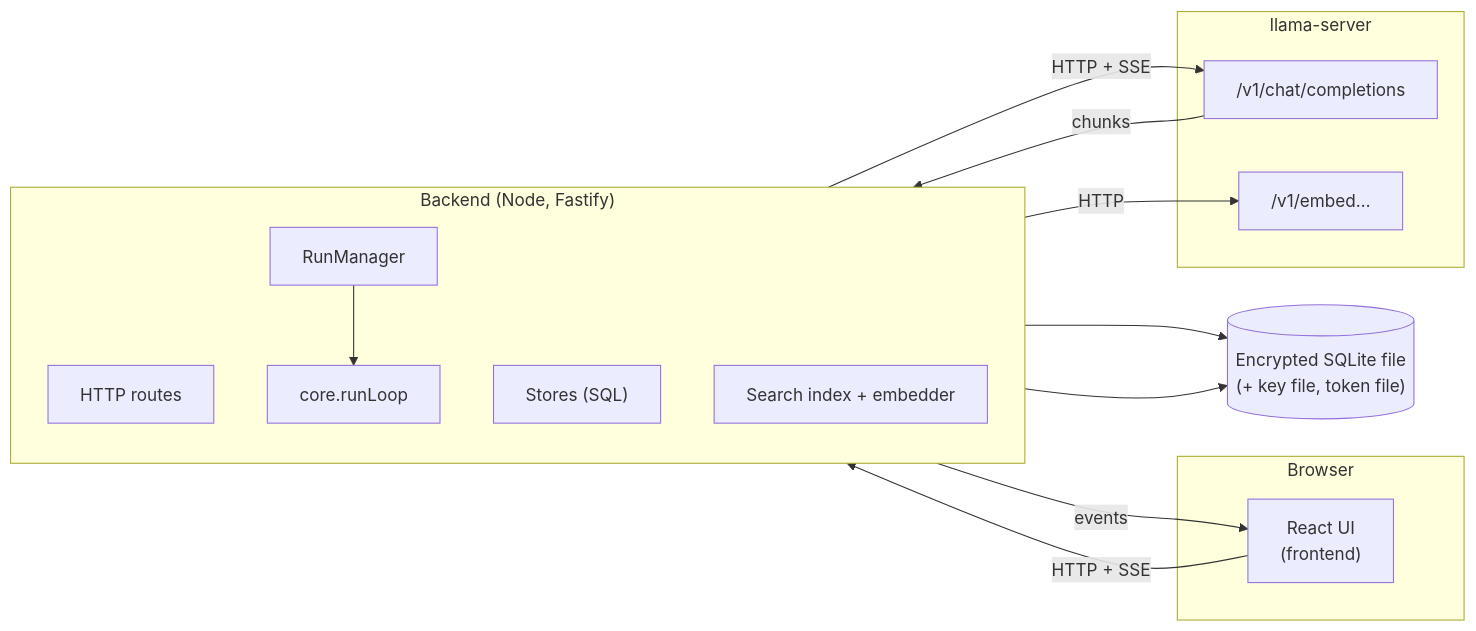
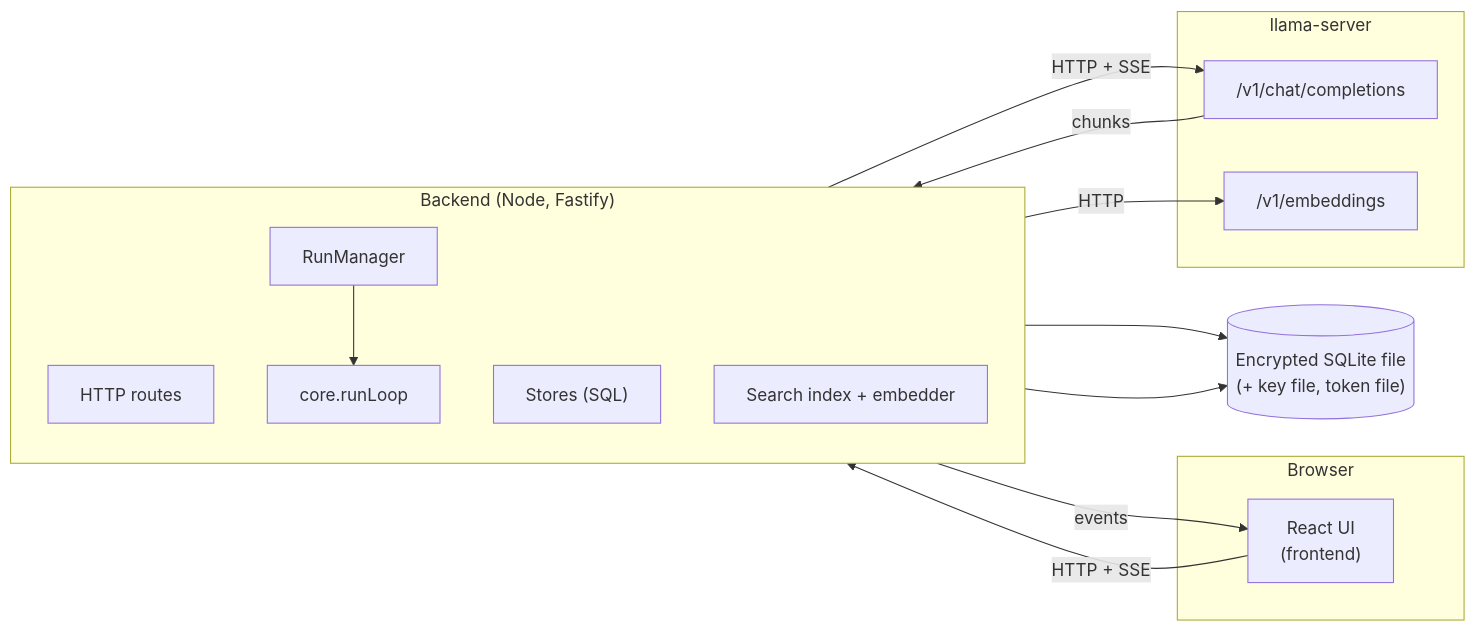
One commit to kyleect/storyboard changed the first of 2 diagrams in docs/README.md. Above: the diagram before and after it, drawn with Mermaid.

````diff
--- a/docs/README.md
+++ b/docs/README.md
@@ -28,31 +28,31 @@
 ```mermaid
 flowchart LR
     subgraph Browser
         UI["React UI<br/>(frontend)"]
     end
 
     subgraph Backend["Backend (Node, Fastify)"]
         direction TB
         Routes["HTTP routes"]
         RM["RunManager"]
         Core["core.runLoop"]
         Stores["Stores (SQL)"]
         Search["Search index + embedder"]
         RM --> Core
     end
 
     subgraph LLM["llama-server"]
         Chat["/v1/chat/completions"]
-        Embed["/v1/embed…"]
+        Embed["/v1/embeddings"]
     end
 
     DB[("Encrypted SQLite file<br/>(+ key file, token file)")]
 
     UI -- "HTTP + SSE" --> Routes
     Routes -- "events" --> UI
     Core -- "HTTP + SSE" --> Chat
     Chat -- "chunks" --> Core
     Search -- "HTTP" --> Embed
     Stores --> DB
     Search --> DB
 ```
````
